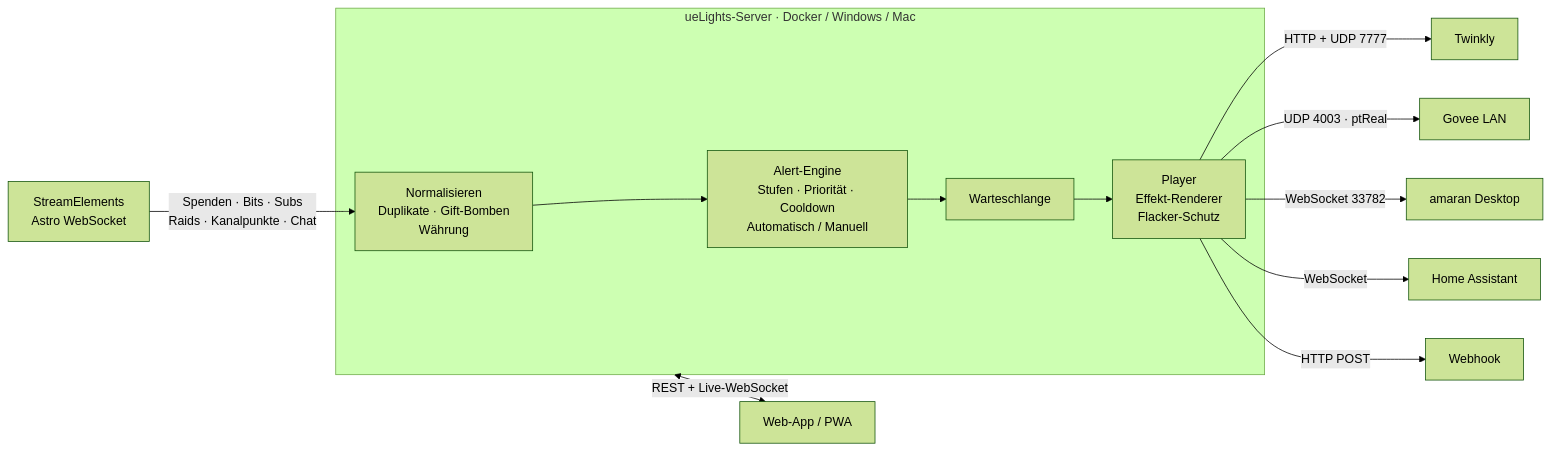
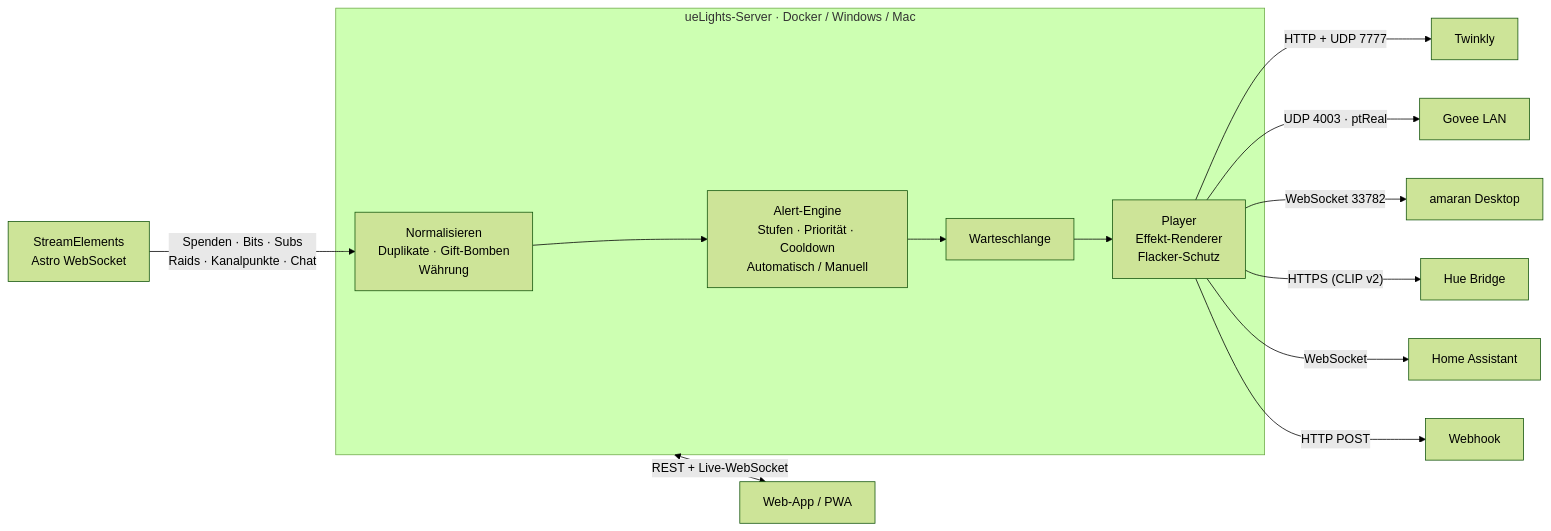
The diagram in README.md (Intracy/ueLights), drawn with Mermaid (forest theme) before and after one commit. The commit also changed other lines of this file and 7 other files, not shown here.

First line of the commit message:
Philips Hue: lokale Bridge (CLIP v2), Koppeln per Link-Taste, Lampen/Räume/Zonen, Szenen und Effekte

````diff
--- a/README.md
+++ b/README.md
@@ -145,14 +145,15 @@
 ```mermaid
 flowchart LR
   SE["StreamElements<br/>Astro WebSocket"] -- "Spenden · Bits · Subs<br/>Raids · Kanalpunkte · Chat" --> N
   subgraph S["ueLights-Server · Docker / Windows / Mac"]
     N["Normalisieren<br/>Duplikate · Gift-Bomben<br/>Währung"] --> E["Alert-Engine<br/>Stufen · Priorität · Cooldown<br/>Automatisch / Manuell"]
     E --> Q["Warteschlange"] --> P["Player<br/>Effekt-Renderer<br/>Flacker-Schutz"]
   end
   P -- "HTTP + UDP 7777" --> TW["Twinkly"]
   P -- "UDP 4003 · ptReal" --> GV["Govee LAN"]
   P -- "WebSocket 33782" --> AM["amaran Desktop"]
+  P -- "HTTPS (CLIP v2)" --> HUE["Hue Bridge"]
   P -- "WebSocket" --> HA["Home Assistant"]
   P -- "HTTP POST" --> WH["Webhook"]
   S <-- "REST + Live-WebSocket" --> UI["Web-App / PWA"]
 ```
````
